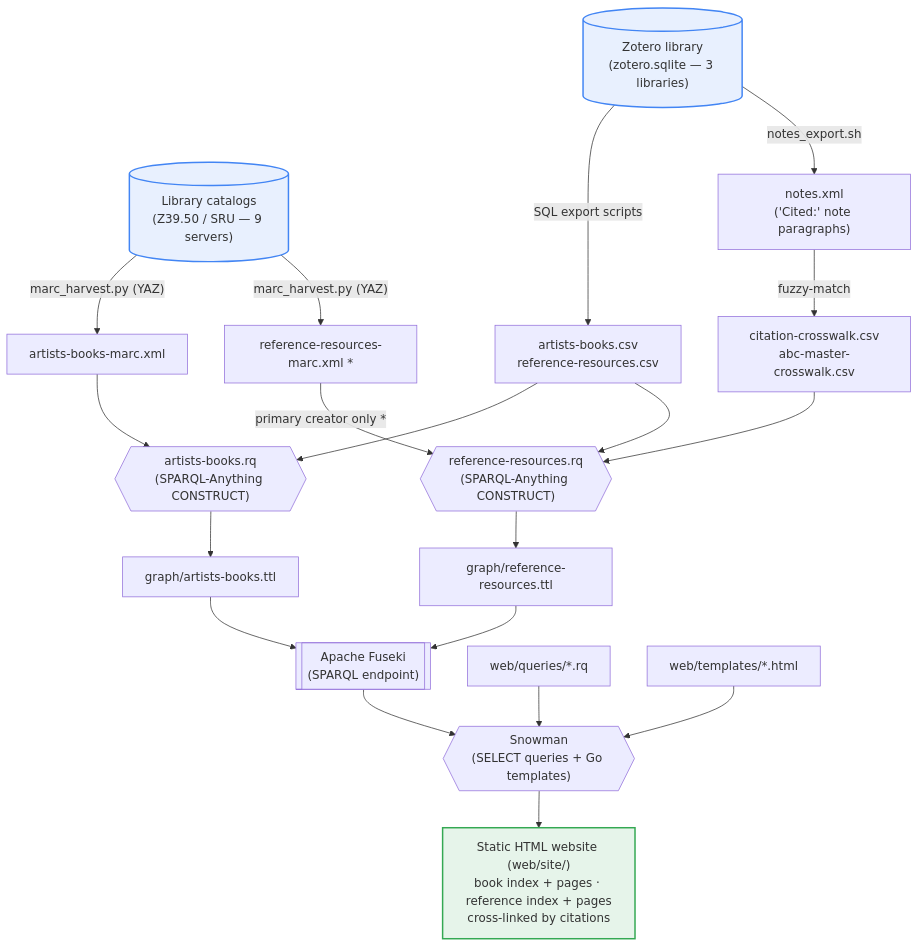
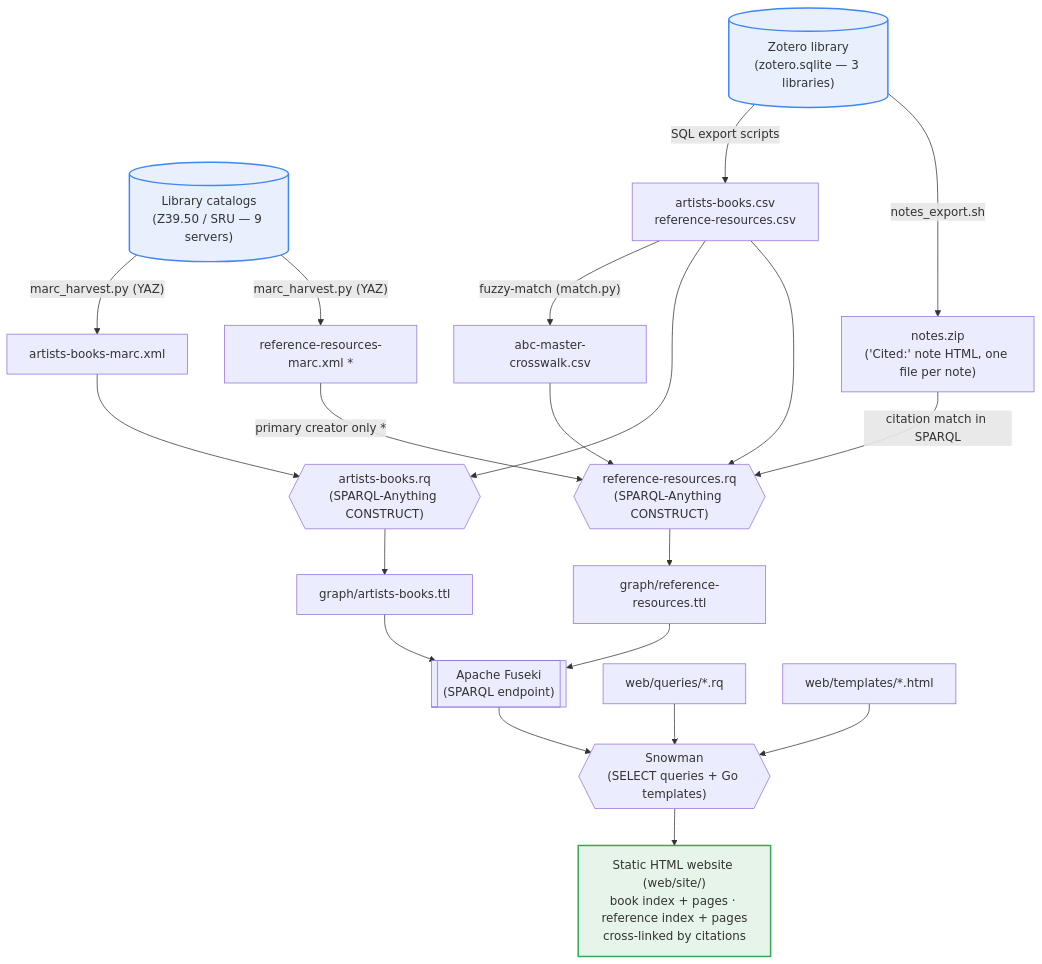
The diagram in docs/PIPELINE.md (dkglab/artists-books), drawn with Mermaid before and after one commit. The commit also changed 13 other files, not shown here.

````diff
--- a/docs/PIPELINE.md
+++ b/docs/PIPELINE.md
@@ -5,41 +5,42 @@
 ```mermaid
 flowchart TD
     %% ---- Inputs ----
     zotero[("Zotero library<br/>(zotero.sqlite — 3 libraries)")]
     catalogs[("Library catalogs<br/>(Z39.50 / SRU — 9 servers)")]
 
     %% ---- Stage 1: source extraction ----
     zotero -->|"SQL export scripts"| csvs["artists-books.csv<br/>reference-resources.csv"]
-    zotero -->|"notes_export.sh"| notes["notes.xml<br/>('Cited:' note paragraphs)"]
-    notes -->|"fuzzy-match"| crosswalks["citation-crosswalk.csv<br/>abc-master-crosswalk.csv"]
+    zotero -->|"notes_export.sh"| notes["notes.zip<br/>('Cited:' note HTML, one file per note)"]
+    csvs -->|"fuzzy-match (match.py)"| crosswalk["abc-master-crosswalk.csv"]
 
     catalogs -->|"marc_harvest.py (YAZ)"| marc["artists-books-marc.xml"]
     catalogs -->|"marc_harvest.py (YAZ)"| refmarc["reference-resources-marc.xml *"]
 
     %% ---- Stage 2: CONSTRUCT queries (SPARQL-Anything) ----
     csvs --> abrq{{"artists-books.rq<br/>(SPARQL-Anything CONSTRUCT)"}}
     marc --> abrq
     csvs --> refrq{{"reference-resources.rq<br/>(SPARQL-Anything CONSTRUCT)"}}
-    crosswalks --> refrq
+    crosswalk --> refrq
+    notes -->|"citation match in SPARQL"| refrq
     refmarc -->|"primary creator only *"| refrq
 
     abrq --> abttl["graph/artists-books.ttl"]
     refrq --> refttl["graph/reference-resources.ttl"]
 
     %% ---- Stage 3: graph store ----
     abttl --> fuseki[["Apache Fuseki<br/>(SPARQL endpoint)"]]
     refttl --> fuseki
 
     %% ---- Stage 4: site generation ----
     fuseki --> snowman{{"Snowman<br/>(SELECT queries + Go templates)"}}
     selects["web/queries/*.rq"] --> snowman
     templates["web/templates/*.html"] --> snowman
 
     %% ---- Output ----
     snowman --> site["Static HTML website (web/site/)<br/>book index + pages · reference index + pages<br/>cross-linked by citations"]
 
     classDef input fill:#e8f0fe,stroke:#4285f4,stroke-width:2px;
     classDef output fill:#e6f4ea,stroke:#34a853,stroke-width:2px;
     class zotero,catalogs input;
     class site output;
 ```
````
